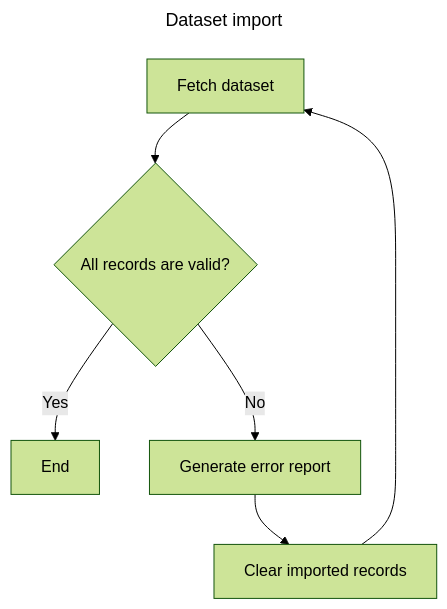
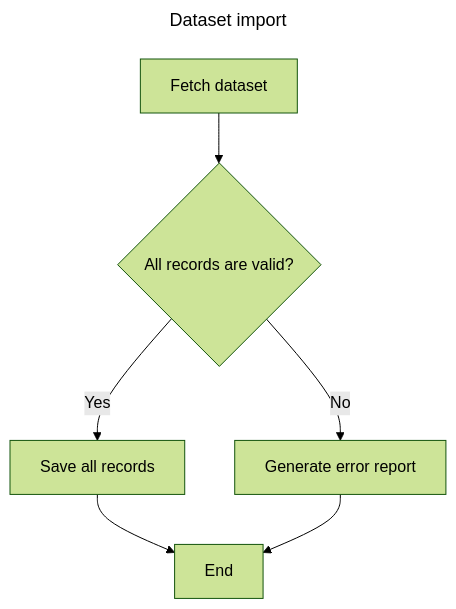
One commit to unicef/hope-country-workspace changed the third of 4 diagrams in README.md. Above: the diagram before and after it, drawn with Mermaid (forest theme). The commit also changed other lines of this file, not shown here.

Commit message:
Update schemas

````diff
--- a/README.md
+++ b/README.md
@@ -59,12 +48,12 @@
 ```mermaid
 ---
 title: Dataset import
 ---
 graph TD
 ;
     A[Fetch dataset] --> B{All records are valid?}
-    B -- Yes --> E[End]
-    B -- No --> C[Generate error report]
-    C --> D[Clear imported records]
-    D --> A
+    B -- Yes --> C[Save all records]
+    C --> D[End]
+    B -- No --> E[Generate error report]
+    E --> D
 ```
````
